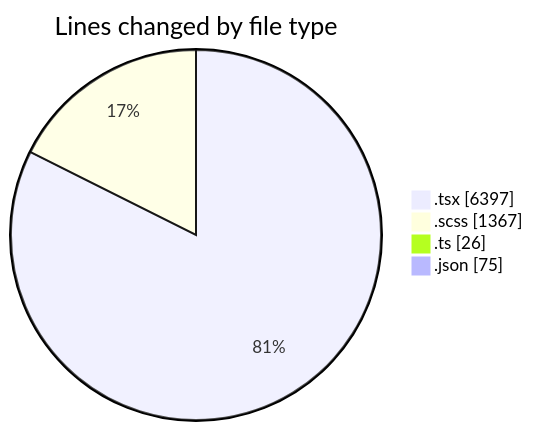
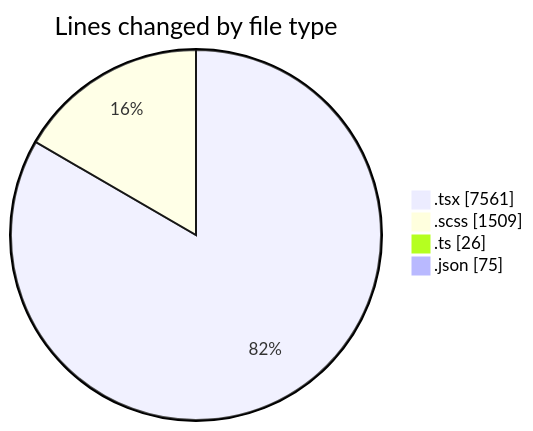
Before and after one commit to momahboobian/code-tracking: the first of 2 diagrams in 2025-04-09/cda/README.md, drawn with Mermaid. The commit also changed other lines of this file and 1 other file, not shown here.

````diff
--- a/2025-04-09/cda/README.md
+++ b/2025-04-09/cda/README.md
@@ -44,8 +45,8 @@
 ```mermaid
 pie showData
 title Lines changed by file type
-".tsx" : 6397
-".scss" : 1367
+".tsx" : 7561
+".scss" : 1509
 ".ts" : 26
 ".json" : 75
 ```
````
